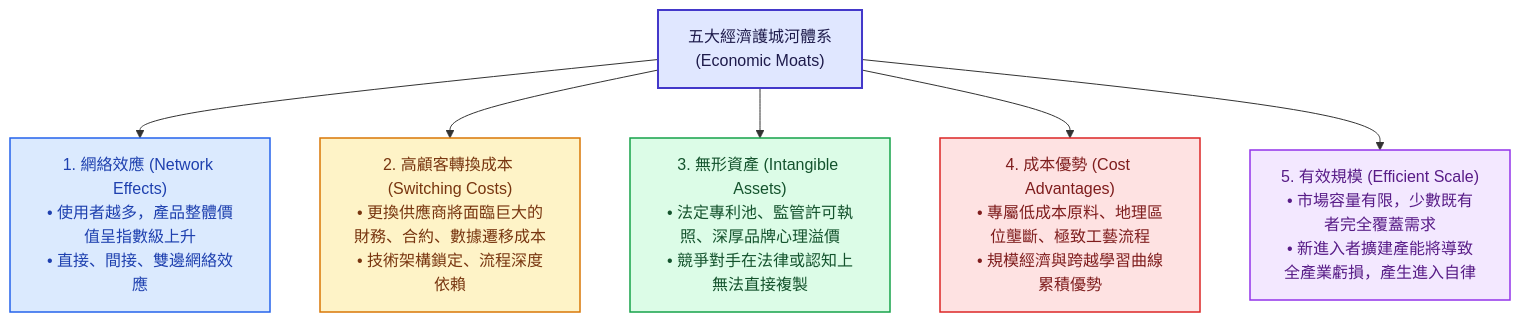
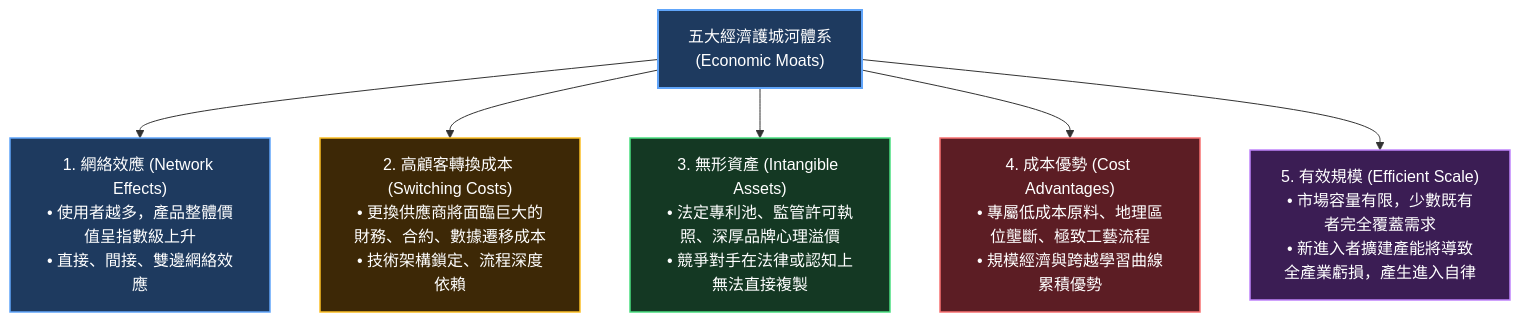
Before and after one commit to Jimlin0428/my-digital-garden: the sixth of 8 diagrams in src/site/notes/98_商業概念庫/competitive-advantage_競爭優勢.md, drawn with Mermaid. The commit also changed other lines of this file and 58 other files, not shown here.

````diff
--- a/src/site/notes/98_商業概念庫/competitive-advantage_競爭優勢.md
+++ b/src/site/notes/98_商業概念庫/competitive-advantage_競爭優勢.md
@@ -261,23 +261,23 @@
 ```mermaid
 flowchart TD
     Moats["五大經濟護城河體系<br>(Economic Moats)"]
     
     M1["1. 網絡效應 (Network Effects)<br>• 使用者越多，產品整體價值呈指數級上升<br>• 直接、間接、雙邊網絡效應"]
     M2["2. 高顧客轉換成本 (Switching Costs)<br>• 更換供應商將面臨巨大的財務、合約、數據遷移成本<br>• 技術架構鎖定、流程深度依賴"]
     M3["3. 無形資產 (Intangible Assets)<br>• 法定專利池、監管許可執照、深厚品牌心理溢價<br>• 競爭對手在法律或認知上無法直接複製"]
     M4["4. 成本優勢 (Cost Advantages)<br>• 專屬低成本原料、地理區位壟斷、極致工藝流程<br>• 規模經濟與跨越學習曲線累積優勢"]
     M5["5. 有效規模 (Efficient Scale)<br>• 市場容量有限，少數既有者完全覆蓋需求<br>• 新進入者擴建產能將導致全產業虧損，產生進入自律"]
 
     Moats --> M1
     Moats --> M2
     Moats --> M3
     Moats --> M4
     Moats --> M5
 
-    style Moats fill:#e0e7ff,stroke:#4338ca,stroke-width:2px,color:#1e1b4b
-    style M1 fill:#dbeafe,stroke:#2563eb,stroke-width:1.5px,color:#1e40af
-    style M2 fill:#fef3c7,stroke:#d97706,stroke-width:1.5px,color:#78350f
-    style M3 fill:#dcfce7,stroke:#16a34a,stroke-width:1.5px,color:#14532d
-    style M4 fill:#fee2e2,stroke:#dc2626,stroke-width:1.5px,color:#7f1d1d
-    style M5 fill:#f3e8ff,stroke:#9333ea,stroke-width:1.5px,color:#581c87
+    style Moats fill:#1e3a5f,stroke:#60a5fa,stroke-width:2px,color:#ffffff
+    style M1 fill:#1e3a5f,stroke:#60a5fa,stroke-width:1.5px,color:#ffffff
+    style M2 fill:#3d2806,stroke:#fbbf24,stroke-width:1.5px,color:#ffffff
+    style M3 fill:#143823,stroke:#4ade80,stroke-width:1.5px,color:#ffffff
+    style M4 fill:#5c1d24,stroke:#f87171,stroke-width:1.5px,color:#ffffff
+    style M5 fill:#3b1d54,stroke:#c084fc,stroke-width:1.5px,color:#ffffff
 ```
````
